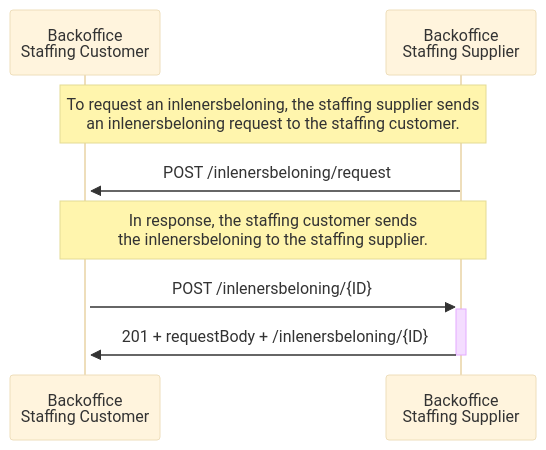
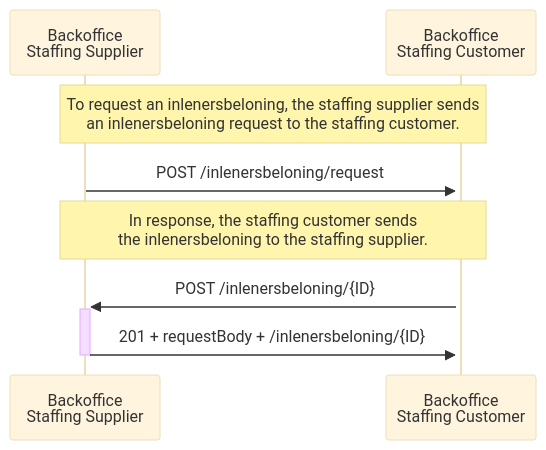
Before and after one commit to setu-standards/documentation: the first of 4 diagrams in app/docs/inlenersbeloning/sequence diagrams/sequence diagrams.md, drawn with Mermaid (base theme).

Commit message:
Changed direction of sequence diagrams

````diff
--- a/app/docs/inlenersbeloning/sequence diagrams/sequence diagrams.md
+++ b/app/docs/inlenersbeloning/sequence diagrams/sequence diagrams.md
@@ -9,12 +9,13 @@
 ```mermaid
 sequenceDiagram
+    participant Supplier as Backoffice <br/> Staffing Supplier
     participant Customer as Backoffice <br/> Staffing Customer
-    participant Supplier as Backoffice <br/> Staffing Supplier
+    
 
     Note over Supplier,Customer: To request an inlenersbeloning, the staffing supplier sends <br/> an inlenersbeloning request to the staffing customer.
     Supplier ->>+ Customer: POST /inlenersbeloning/request
     
     Note over Supplier,Customer: In response, the staffing customer sends <br/> the inlenersbeloning to the staffing supplier.
     Customer ->>+ Supplier: POST /inlenersbeloning/{ID}
     Supplier ->>- Customer: 201 + requestBody + /inlenersbeloning/{ID}  
 ```
````
